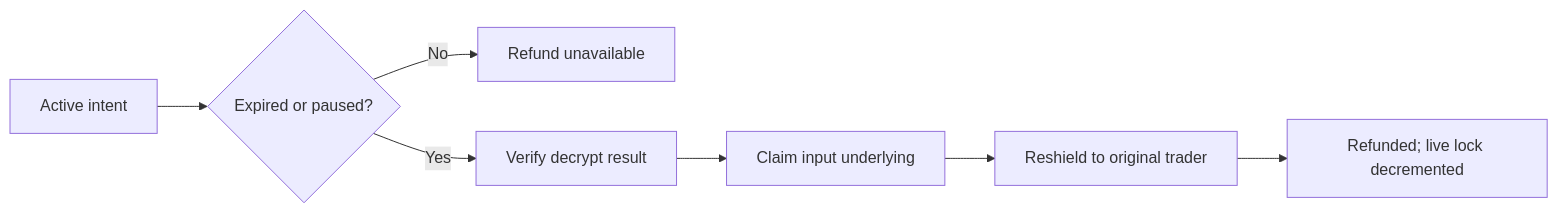
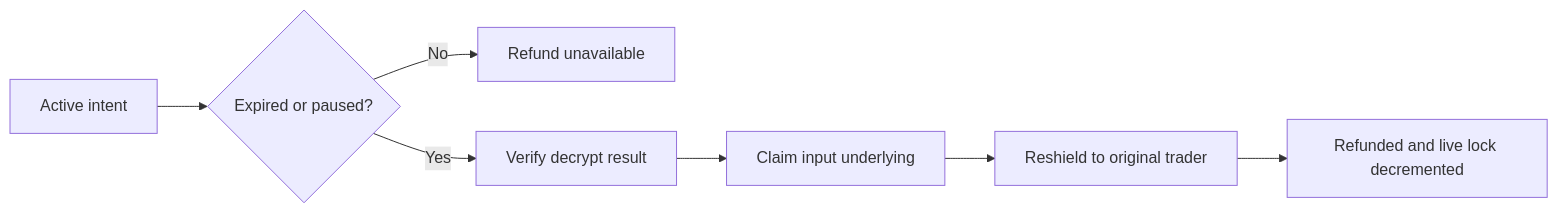
Before and after one commit to Nilay27/alphaengine-contracts: the second of 2 diagrams in src/swap/README.md, drawn with Mermaid. The commit also changed 1 other file, not shown here.

Commit message:
docs: fix GitHub Mermaid rendering

````diff
--- a/src/swap/README.md
+++ b/src/swap/README.md
@@ -76,9 +76,9 @@
 ```mermaid
 flowchart LR
     Active[Active intent] --> Condition{Expired or paused?}
     Condition -- No --> Wait[Refund unavailable]
     Condition -- Yes --> Proof[Verify decrypt result]
     Proof --> Claim[Claim input underlying]
     Claim --> Reshield[Reshield to original trader]
-    Reshield --> Refunded[Refunded; live lock decremented]
+    Reshield --> Refunded[Refunded and live lock decremented]
 ```
````
